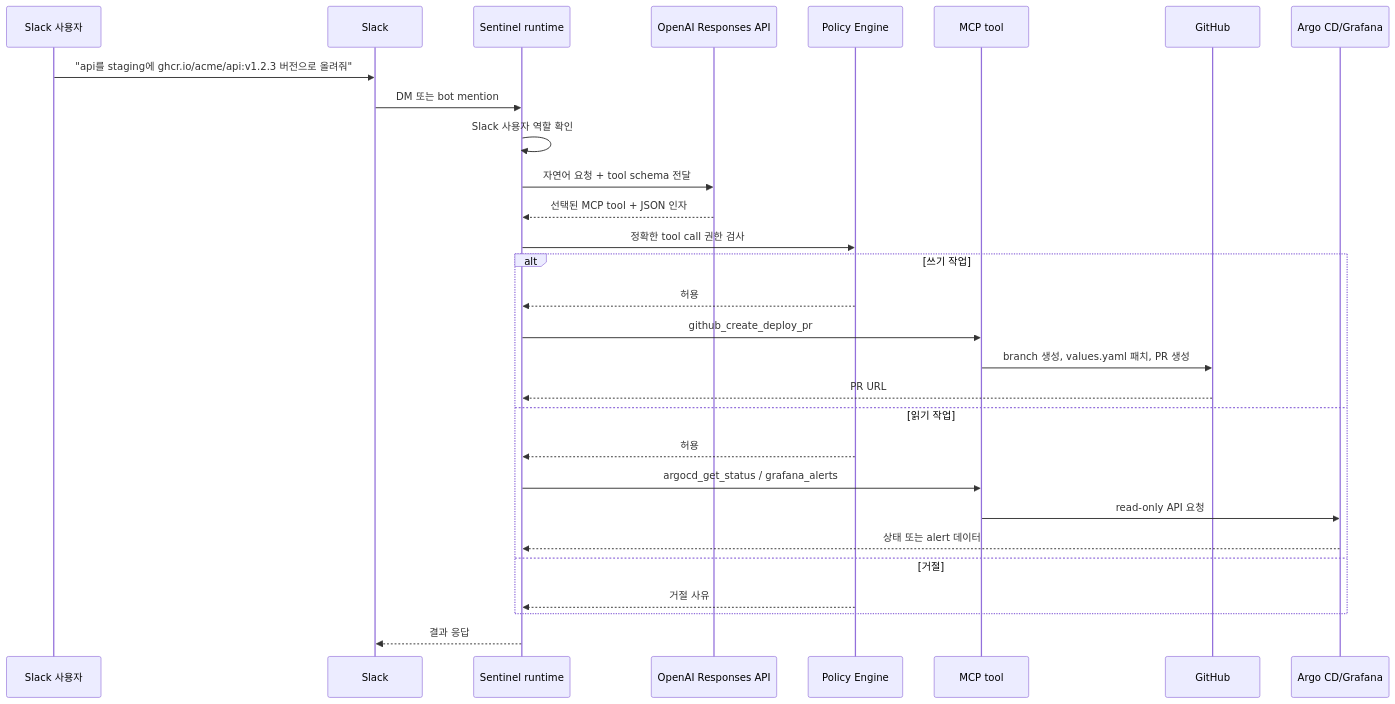
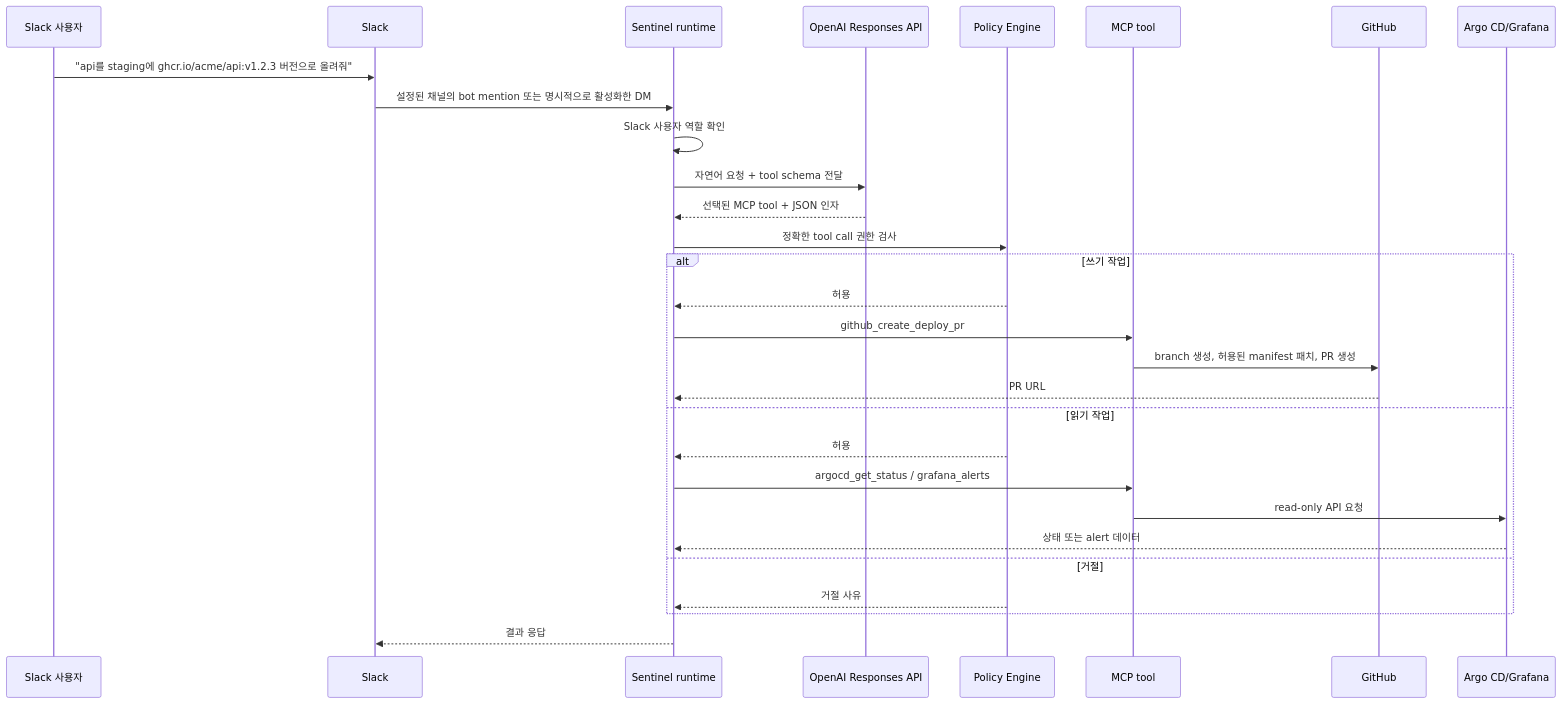
The second of 2 diagrams in README.ko.md (downfa11/cluster-sentinel), drawn with Mermaid before and after one commit. The commit also changed other lines of this file and 27 other files, not shown here.

````diff
--- a/README.ko.md
+++ b/README.ko.md
@@ -35,32 +35,32 @@
 ```mermaid
 sequenceDiagram
     participant User as Slack 사용자
     participant Slack as Slack
     participant Sentinel as Sentinel runtime
     participant LLM as OpenAI Responses API
     participant Policy as Policy Engine
     participant Tool as MCP tool
     participant GitHub as GitHub
     participant Argo as Argo CD/Grafana
 
     User->>Slack: "api를 staging에 ghcr.io/acme/api:v1.2.3 버전으로 올려줘"
-    Slack->>Sentinel: DM 또는 bot mention
+    Slack->>Sentinel: 설정된 채널의 bot mention 또는 명시적으로 활성화한 DM
     Sentinel->>Sentinel: Slack 사용자 역할 확인
     Sentinel->>LLM: 자연어 요청 + tool schema 전달
     LLM-->>Sentinel: 선택된 MCP tool + JSON 인자
     Sentinel->>Policy: 정확한 tool call 권한 검사
     alt 쓰기 작업
         Policy-->>Sentinel: 허용
         Sentinel->>Tool: github_create_deploy_pr
-        Tool->>GitHub: branch 생성, values.yaml 패치, PR 생성
+        Tool->>GitHub: branch 생성, 허용된 manifest 패치, PR 생성
         GitHub-->>Sentinel: PR URL
     else 읽기 작업
         Policy-->>Sentinel: 허용
         Sentinel->>Tool: argocd_get_status / grafana_alerts
         Tool->>Argo: read-only API 요청
         Argo-->>Sentinel: 상태 또는 alert 데이터
     else 거절
         Policy-->>Sentinel: 거절 사유
     end
     Sentinel-->>Slack: 결과 응답
 ```
````
